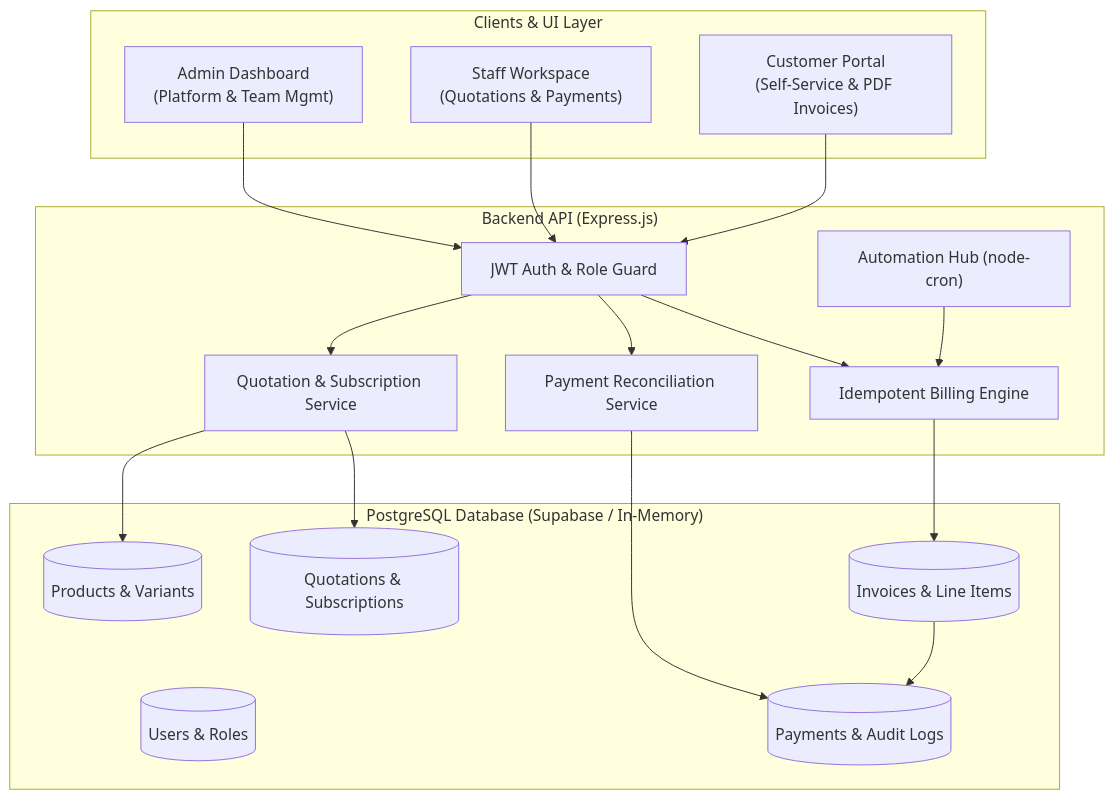
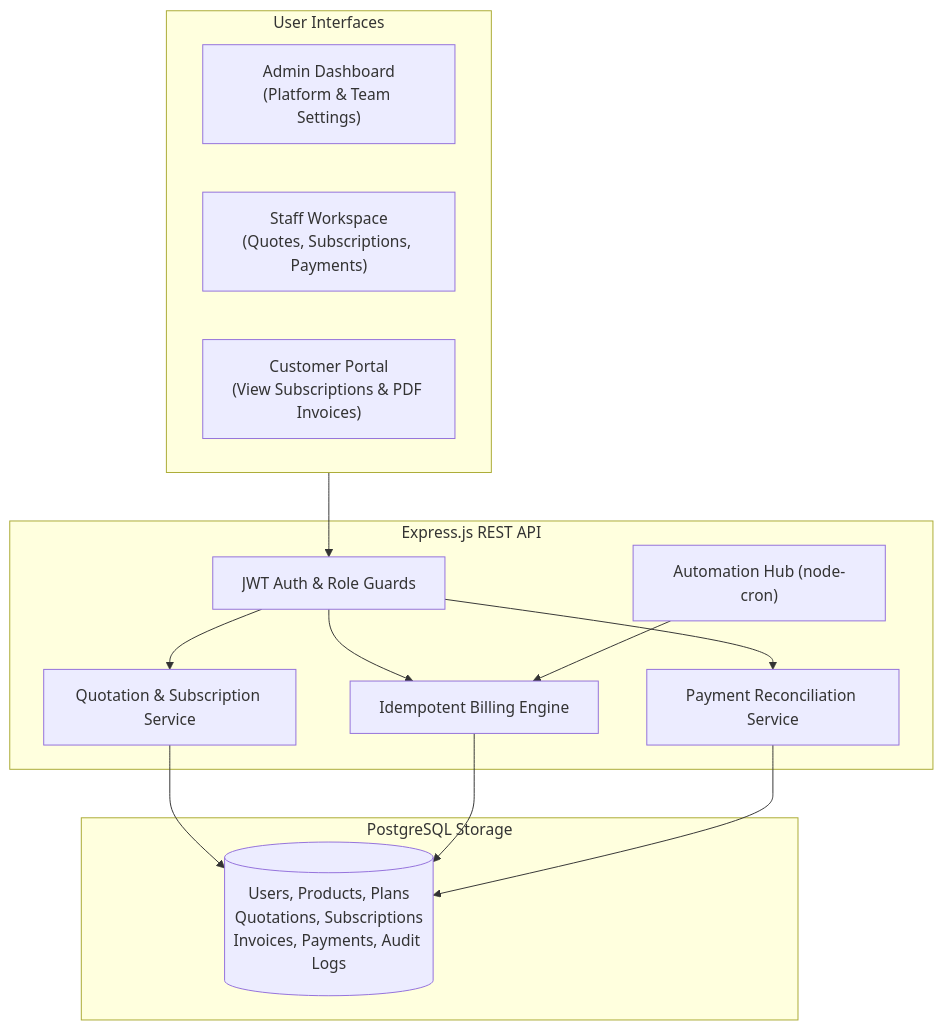
Before and after one commit to tc484472-byte/odoo: the first of 2 diagrams in README.md, drawn with Mermaid. The commit also changed other lines of this file, not shown here.

````diff
--- a/README.md
+++ b/README.md
@@ -105,37 +158,29 @@
 ```mermaid
 flowchart TD
-    subgraph Clients["Clients & UI Layer"]
-        A["Admin Dashboard\n(Platform & Team Mgmt)"]
-        B["Staff Workspace\n(Quotations & Payments)"]
-        C["Customer Portal\n(Self-Service & PDF Invoices)"]
+    subgraph UI["User Interfaces"]
+        Admin["Admin Dashboard\n(Platform & Team Settings)"]
+        Staff["Staff Workspace\n(Quotes, Subscriptions, Payments)"]
+        Customer["Customer Portal\n(View Subscriptions & PDF Invoices)"]
     end
 
-    subgraph API["Backend API (Express.js)"]
-        D["JWT Auth & Role Guard"]
-        E["Quotation & Subscription Service"]
-        F["Idempotent Billing Engine"]
-        G["Payment Reconciliation Service"]
-        H["Automation Hub (node-cron)"]
+    subgraph Backend["Express.js REST API"]
+        Auth["JWT Auth & Role Guards"]
+        SubService["Quotation & Subscription Service"]
+        BillEngine["Idempotent Billing Engine"]
+        PayService["Payment Reconciliation Service"]
+        CronHub["Automation Hub (node-cron)"]
     end
 
-    subgraph DB["PostgreSQL Database (Supabase / In-Memory)"]
-        I[("Users & Roles")]
-        J[("Products & Variants")]
-        K[("Quotations & Subscriptions")]
-        L[("Invoices & Line Items")]
-        M[("Payments & Audit Logs")]
+    subgraph Data["PostgreSQL Storage"]
+        DB[("Users, Products, Plans\nQuotations, Subscriptions\nInvoices, Payments, Audit Logs")]
     end
 
-    A --> D
-    B --> D
-    C --> D
-    D --> E
-    D --> F
-    D --> G
-    H --> F
-    E --> J
-    E --> K
-    F --> L
-    G --> M
-    L --> M
+    UI --> Auth
+    Auth --> SubService
+    Auth --> BillEngine
+    Auth --> PayService
+    CronHub --> BillEngine
+    SubService --> DB
+    BillEngine --> DB
+    PayService --> DB
 ```
````
